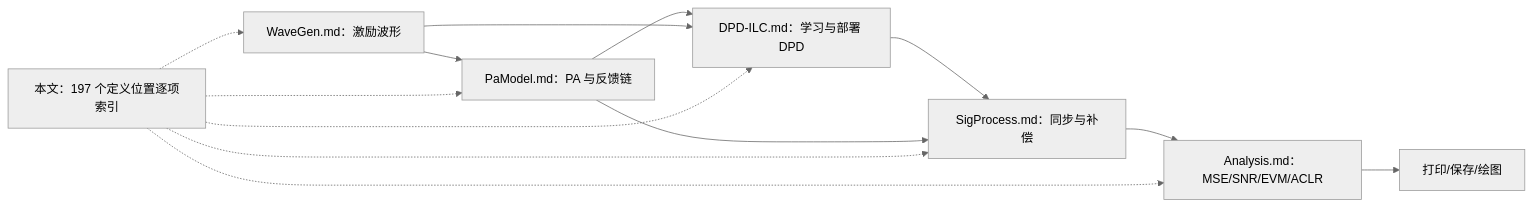
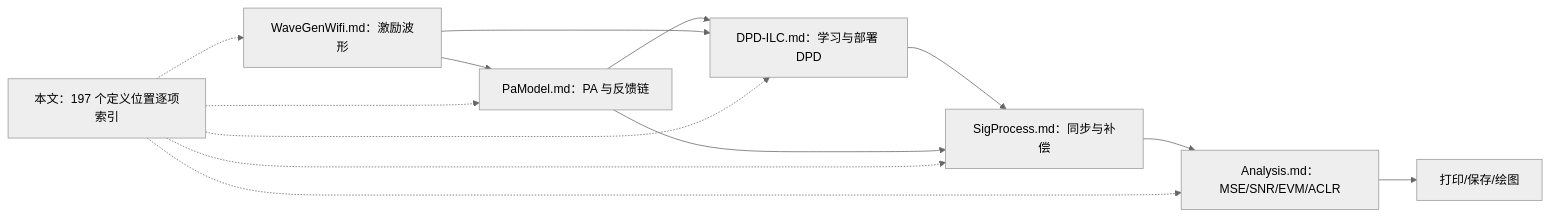
Before and after one commit to niyilu45/DPD_ILC: the diagram in doc/FunctionPrinciples.md, drawn with Mermaid (neutral theme). The commit also changed other lines of this file and 10 other files, not shown here.

````diff
--- a/doc/FunctionPrinciples.md
+++ b/doc/FunctionPrinciples.md
@@ -20,15 +20,15 @@
 ```mermaid
 flowchart LR
-    wave["WaveGen.md：激励波形"] --> pa["PaModel.md：PA 与反馈链"]
+    wave["WaveGenWifi.md：激励波形"] --> pa["PaModel.md：PA 与反馈链"]
     pa --> ilc["DPD-ILC.md：学习与部署 DPD"]
     wave --> ilc
     ilc --> sync["SigProcess.md：同步与补偿"]
     pa --> sync
     sync --> analysis["Analysis.md：MSE/SNR/EVM/ACLR"]
     analysis --> report["打印/保存/绘图"]
     audit["本文：197 个定义位置逐项索引"] -.-> wave
     audit -.-> pa
     audit -.-> ilc
     audit -.-> sync
     audit -.-> analysis
 ```
````
